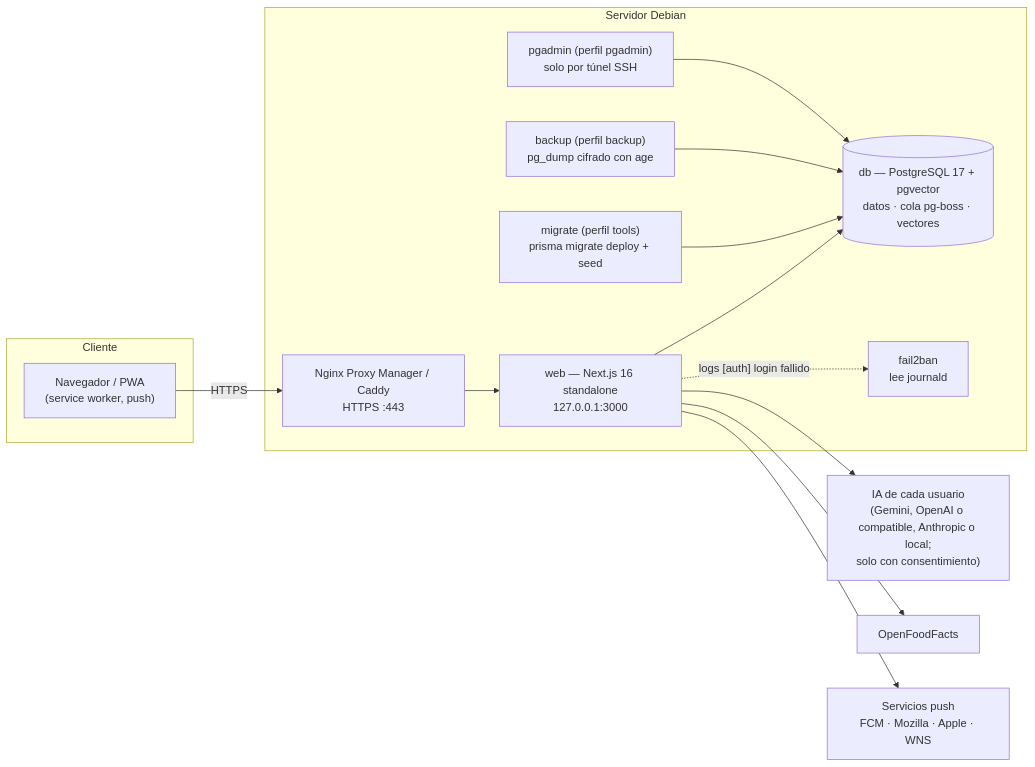
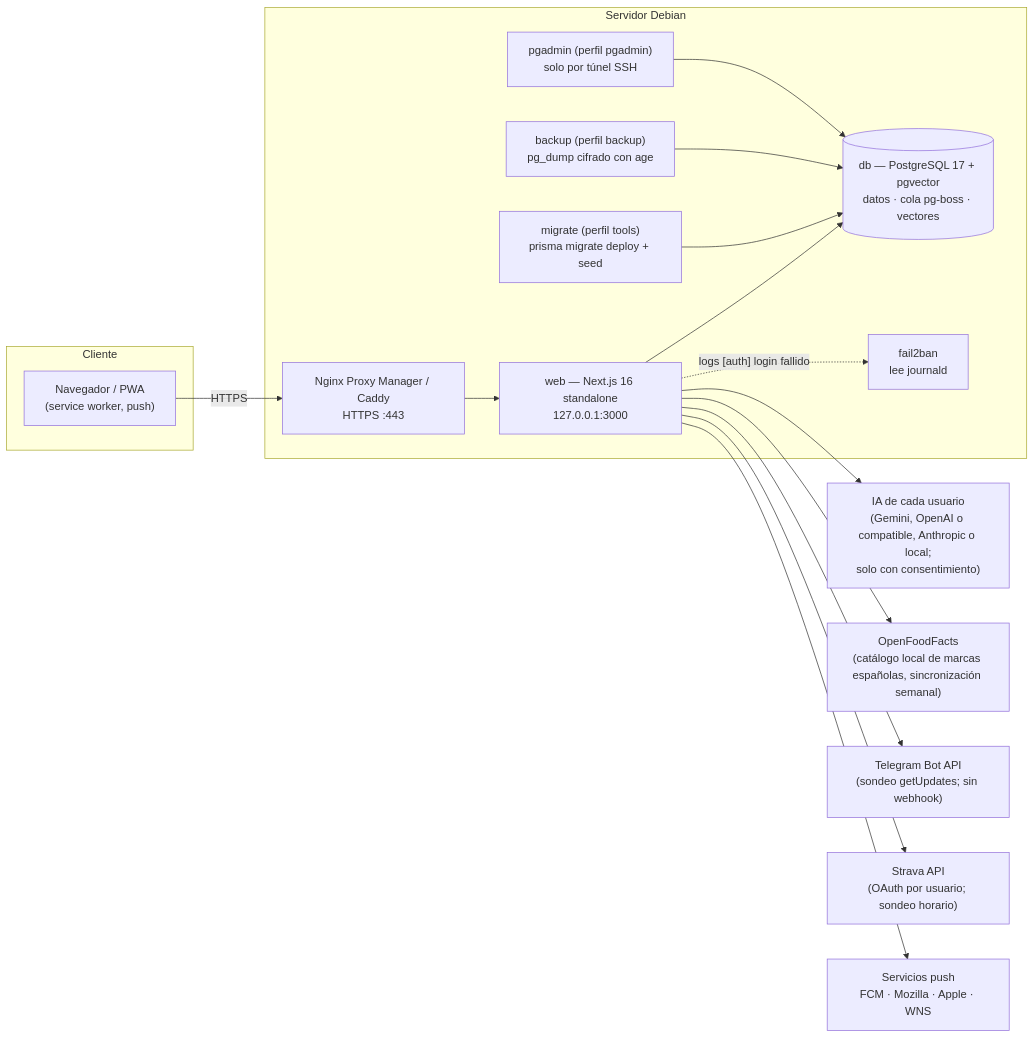
The first of 2 diagrams in docs/arquitectura.md (Kirito8888/AtleticHomeDesing), drawn with Mermaid before and after one commit. The commit also changed other lines of this file and 11 other files, not shown here.

````diff
--- a/docs/arquitectura.md
+++ b/docs/arquitectura.md
@@ -7,28 +7,32 @@
 ```mermaid
 flowchart LR
   subgraph Cliente
     PWA["Navegador / PWA<br/>(service worker, push)"]
   end
   subgraph Servidor Debian
     NPM["Nginx Proxy Manager / Caddy<br/>HTTPS :443"]
     WEB["web — Next.js 16 standalone<br/>127.0.0.1:3000"]
     DB[("db — PostgreSQL 17 + pgvector<br/>datos · cola pg-boss · vectores")]
     MIG["migrate (perfil tools)<br/>prisma migrate deploy + seed"]
     BAK["backup (perfil backup)<br/>pg_dump cifrado con age"]
     PGA["pgadmin (perfil pgadmin)<br/>solo por túnel SSH"]
     F2B["fail2ban<br/>lee journald"]
   end
   GEM["IA de cada usuario<br/>(Gemini, OpenAI o compatible, Anthropic o local;<br/>solo con consentimiento)"]
-  OFF["OpenFoodFacts"]
+  OFF["OpenFoodFacts<br/>(catálogo local de marcas españolas, sincronización semanal)"]
+  TG["Telegram Bot API<br/>(sondeo getUpdates; sin webhook)"]
+  STR["Strava API<br/>(OAuth por usuario; sondeo horario)"]
   PUSH["Servicios push<br/>FCM · Mozilla · Apple · WNS"]
 
   PWA -- HTTPS --> NPM --> WEB
   WEB --> DB
   MIG --> DB
   BAK --> DB
   PGA --> DB
   WEB -. "logs [auth] login fallido" .-> F2B
   WEB --> GEM
   WEB --> OFF
+  WEB --> TG
+  WEB --> STR
   WEB --> PUSH
 ```
````
